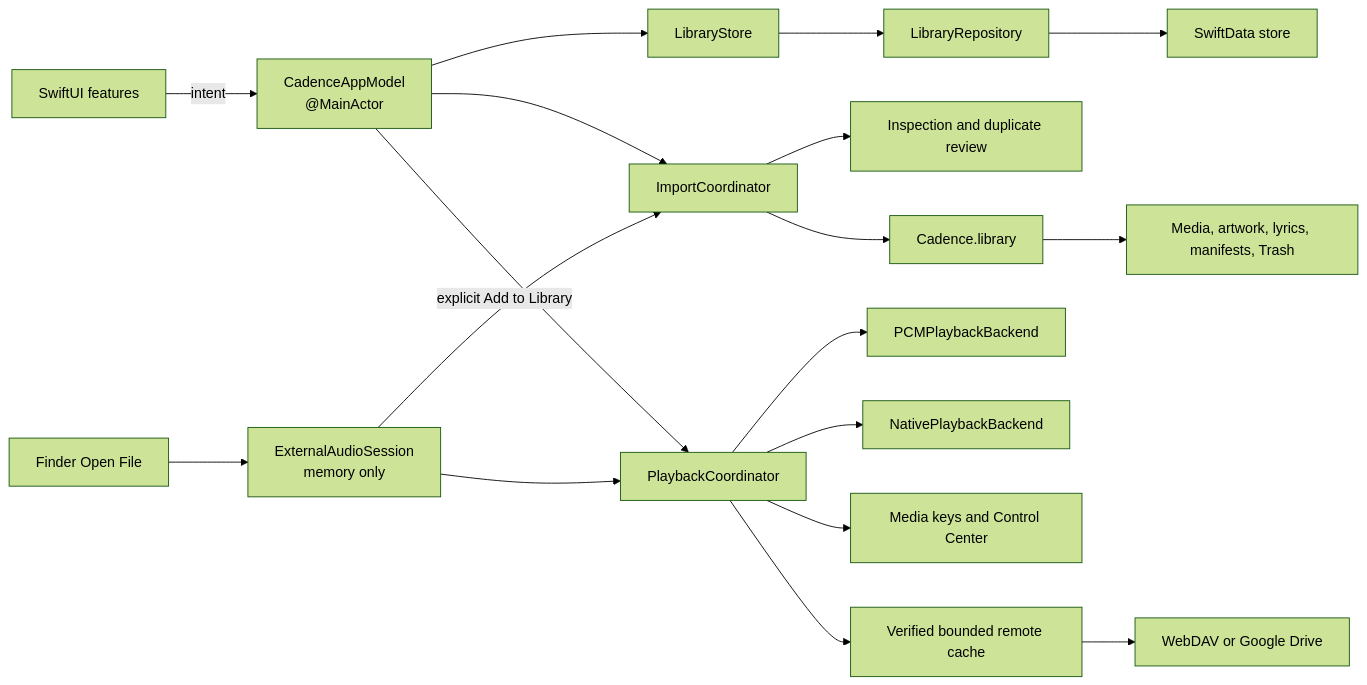
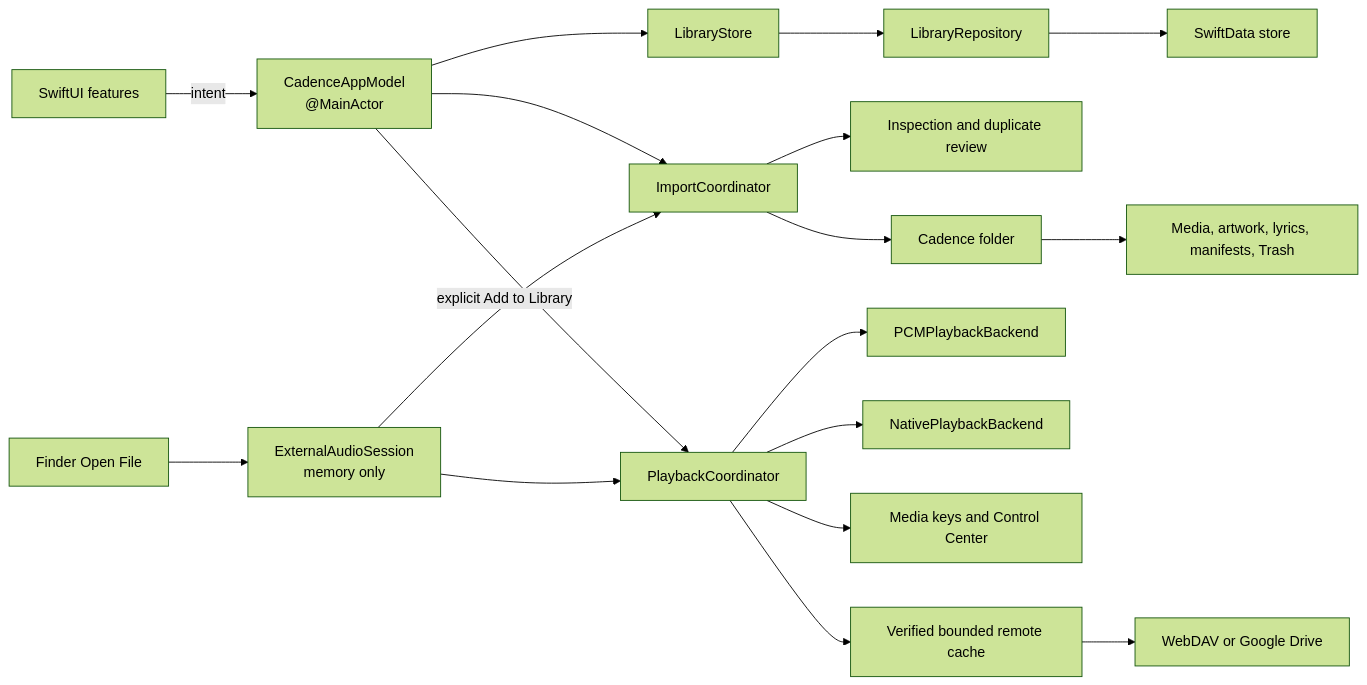
The diagram in docs/ARCHITECTURE.md (qenterra/cadence), drawn with Mermaid (forest theme) before and after one commit. The commit also changed other lines of this file and 36 other files, not shown here.

````diff
--- a/docs/ARCHITECTURE.md
+++ b/docs/ARCHITECTURE.md
@@ -8,20 +8,20 @@
 ```mermaid
 flowchart LR
     UI["SwiftUI features"] -->|"intent"| Model["CadenceAppModel<br/>@MainActor"]
     Model --> Store["LibraryStore"]
     Store --> Repository["LibraryRepository"]
     Repository --> SwiftData["SwiftData store"]
     Model --> Import["ImportCoordinator"]
     Import --> Inspector["Inspection and duplicate review"]
-    Import --> Managed["Cadence.library"]
+    Import --> Managed["Cadence folder"]
     Model --> Playback["PlaybackCoordinator"]
     OpenFile["Finder Open File"] --> External["ExternalAudioSession<br/>memory only"]
     External --> Playback
     External -->|"explicit Add to Library"| Import
     Playback --> PCM["PCMPlaybackBackend"]
     Playback --> Native["NativePlaybackBackend"]
     Playback --> System["Media keys and Control Center"]
     Managed --> Media["Media, artwork, lyrics, manifests, Trash"]
     Playback --> RemoteCache["Verified bounded remote cache"]
     RemoteCache --> Providers["WebDAV or Google Drive"]
 ```
````
